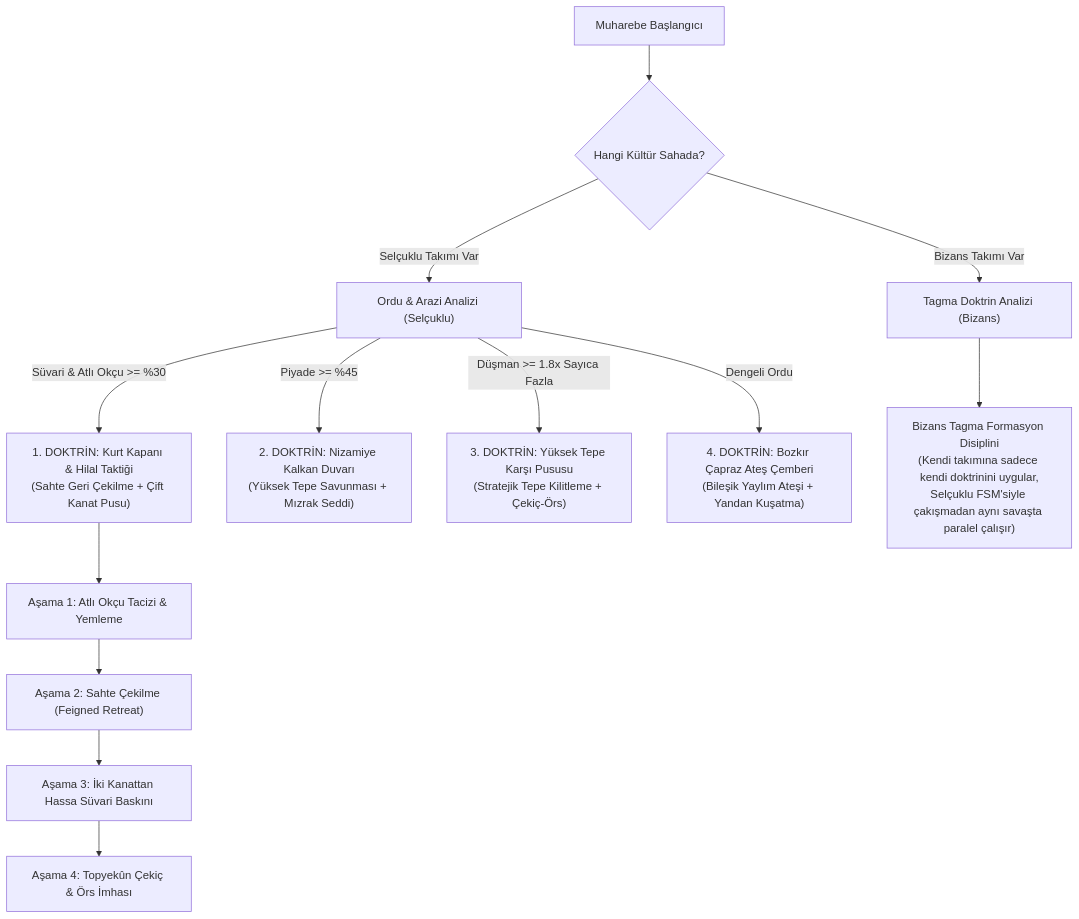
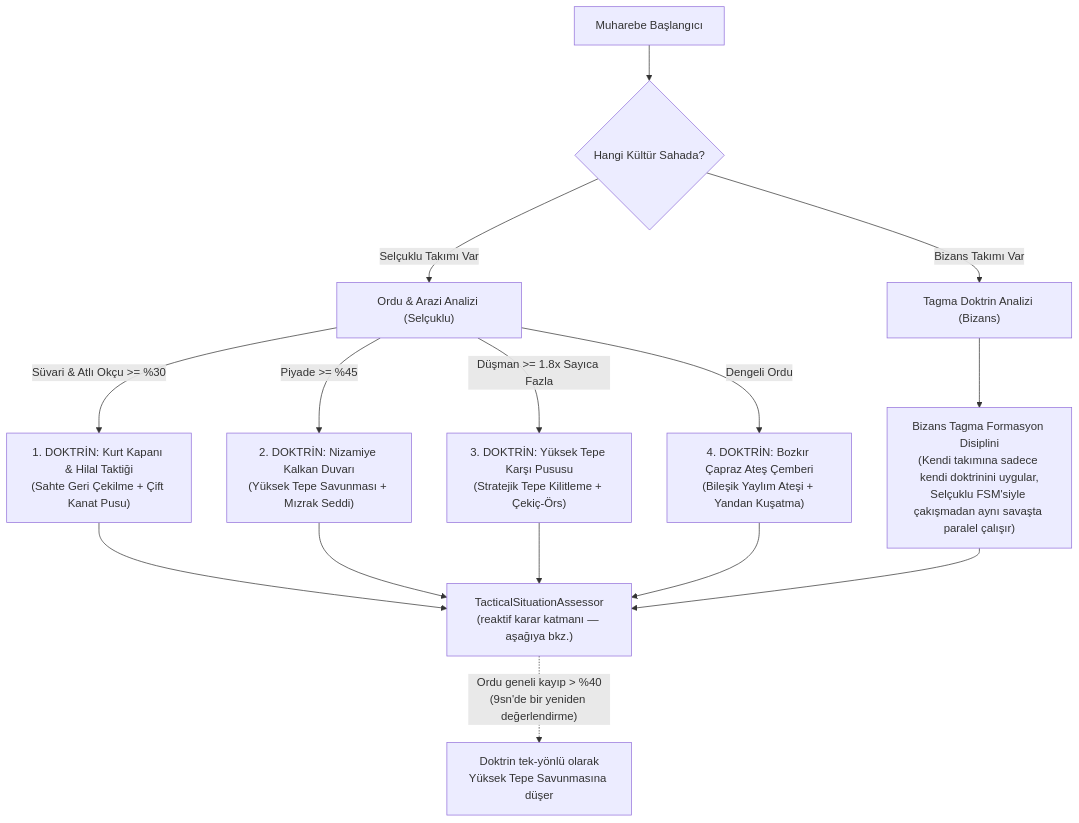
One commit to keremtrgl/OttomanJanissariesAndTurkicHeroes changed the fourth of 11 diagrams in graphify-out/graph.md. Above: the diagram before and after it, drawn with Mermaid. The commit also changed other lines of this file and 1 other file, not shown here.

First line of the commit message:
Update architecture graphs to v1.8.1 (reactive tactical AI overhaul)

````diff
--- a/graphify-out/graph.md
+++ b/graphify-out/graph.md
@@ -92,18 +103,20 @@
 ```mermaid
 graph TD
     START["Muharebe Başlangıcı"] --> WHO{"Hangi Kültür Sahada?"}
     WHO -->|Selçuklu Takımı Var| SELJUK_EVAL["Ordu & Arazi Analizi (Selçuklu)"]
     WHO -->|Bizans Takımı Var| BYZ_EVAL["Tagma Doktrin Analizi (Bizans)"]
 
     SELJUK_EVAL -->|Süvari & Atlı Okçu >= %30| D1["1. DOKTRİN: Kurt Kapanı & Hilal Taktiği<br/>(Sahte Geri Çekilme + Çift Kanat Pusu)"]
     SELJUK_EVAL -->|Piyade >= %45| D2["2. DOKTRİN: Nizamiye Kalkan Duvarı<br/>(Yüksek Tepe Savunması + Mızrak Seddi)"]
     SELJUK_EVAL -->|Düşman >= 1.8x Sayıca Fazla| D3["3. DOKTRİN: Yüksek Tepe Karşı Pususu<br/>(Stratejik Tepe Kilitleme + Çekiç-Örs)"]
     SELJUK_EVAL -->|Dengeli Ordu| D4["4. DOKTRİN: Bozkır Çapraz Ateş Çemberi<br/>(Bileşik Yaylım Ateşi + Yandan Kuşatma)"]
 
-    D1 --> PHASE_1["Aşama 1: Atlı Okçu Tacizi & Yemleme"]
-    PHASE_1 --> PHASE_2["Aşama 2: Sahte Çekilme (Feigned Retreat)"]
-    PHASE_2 --> PHASE_3["Aşama 3: İki Kanattan Hassa Süvari Baskını"]
-    PHASE_3 --> PHASE_4["Aşama 4: Topyekûn Çekiç & Örs İmhası"]
+    D1 --> ASSESS["TacticalSituationAssessor<br/>(reaktif karar katmanı — aşağıya bkz.)"]
+    D2 --> ASSESS
+    D3 --> ASSESS
+    D4 --> ASSESS
+    ASSESS -.->|"Ordu geneli kayıp > %40<br/>(9sn'de bir yeniden değerlendirme)"| DOWNGRADE["Doktrin tek-yönlü olarak<br/>Yüksek Tepe Savunmasına düşer"]
 
     BYZ_EVAL --> BYZ_D["Bizans Tagma Formasyon Disiplini<br/>(Kendi takımına sadece kendi doktrinini uygular,<br/>Selçuklu FSM'siyle çakışmadan aynı savaşta paralel çalışır)"]
+    BYZ_D --> ASSESS
 ```
````
